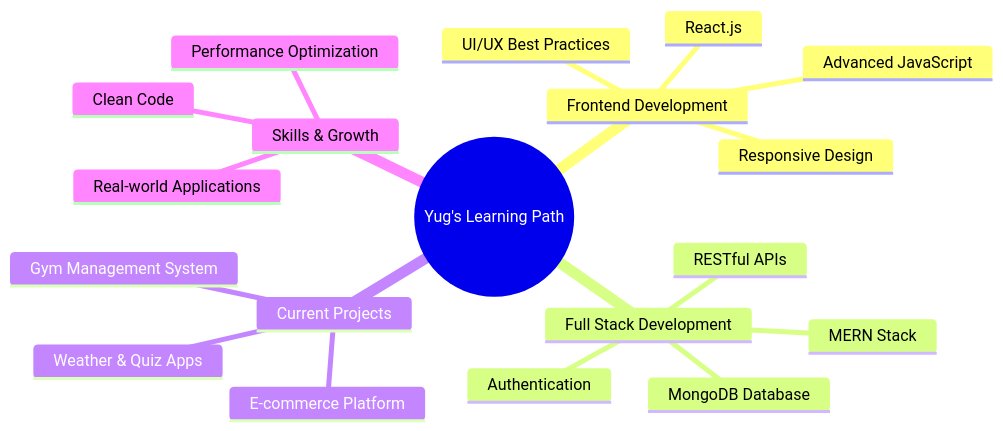
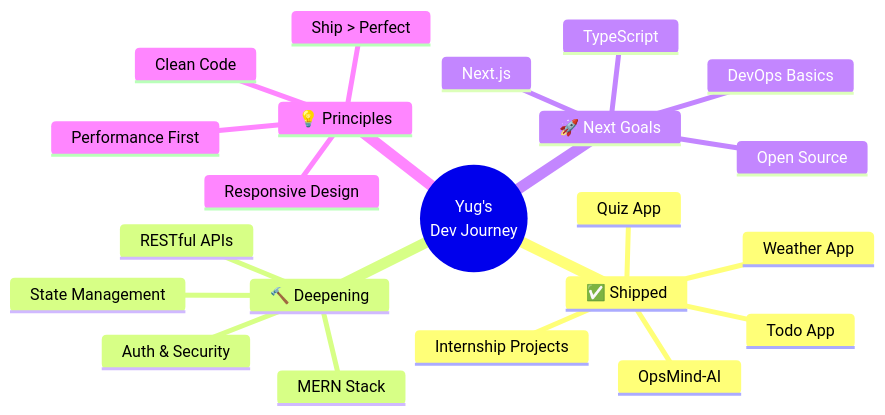
Before and after one commit to yug-void-dev/yug-void-dev: the diagram in README.md, drawn with Mermaid. The commit also changed other lines of this file, not shown here.

````diff
--- a/README.md
+++ b/README.md
@@ -227,22 +283,25 @@
 ```mermaid
 mindmap
-  root((Yug's Learning Path))
-    Frontend Development
-      React.js
-      Advanced JavaScript
+  root((Yug's<br/>Dev Journey))
+    ✅ Shipped
+      OpsMind-AI
+      Weather App
+      Quiz App
+      Todo App
+      Internship Projects
+    🔨 Deepening
+      MERN Stack
+      RESTful APIs
+      Auth & Security
+      State Management
+    🚀 Next Goals
+      TypeScript
+      Next.js
+      Open Source
+      DevOps Basics
+    💡 Principles
+      Clean Code
       Responsive Design
-      UI/UX Best Practices
-    Full Stack Development
-      MERN Stack
-      MongoDB Database
-      RESTful APIs
-      Authentication
-    Current Projects
-      Gym Management System
-      Weather & Quiz Apps
-      E-commerce Platform
-    Skills & Growth
-      Clean Code
-      Performance Optimization
-      Real-world Applications
+      Performance First
+      Ship > Perfect
 ```
````
